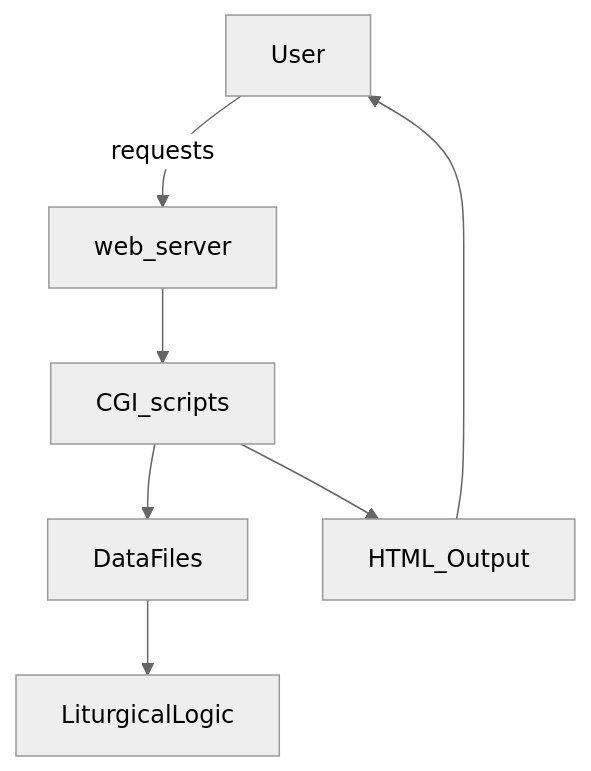
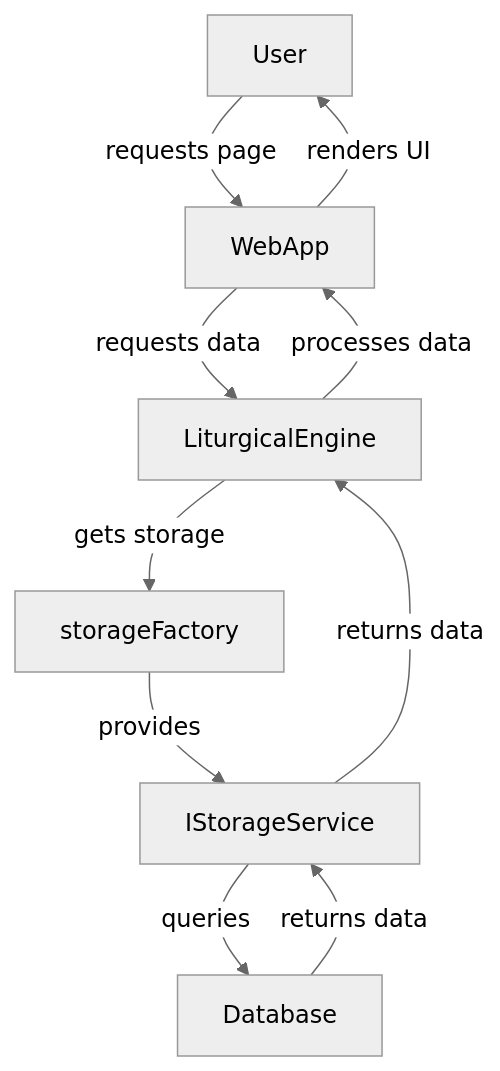
One commit to rebots-online/Hello-Word-J changed the diagram in Docs/Architecture/webapp_flowchart.mmd. Above: the diagram before and after it, drawn with Mermaid (neutral theme). The commit also changed 68 other files, not shown here.

```diff
--- a/Docs/Architecture/webapp_flowchart.mmd
+++ b/Docs/Architecture/webapp_flowchart.mmd
@@ -1,7 +1,10 @@
 flowchart TD
-  User -- requests --> web_server
-  web_server --> CGI_scripts
-  CGI_scripts --> DataFiles
-  DataFiles --> LiturgicalLogic
-  CGI_scripts --> HTML_Output
-  HTML_Output --> User
+  User -- requests page --> WebApp
+  WebApp -- requests data --> LiturgicalEngine
+  LiturgicalEngine -- gets storage --> storageFactory
+  storageFactory -- provides --> IStorageService
+  IStorageService -- queries --> Database
+  Database -- returns data --> IStorageService
+  IStorageService -- returns data --> LiturgicalEngine
+  LiturgicalEngine -- processes data --> WebApp
+  WebApp -- renders UI --> User
```
